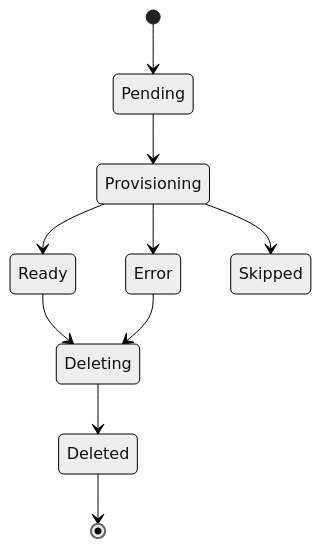
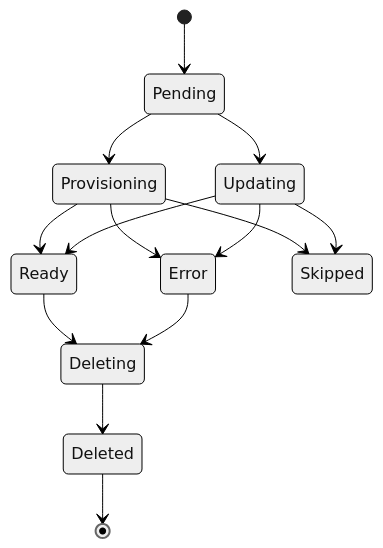
Before and after one commit to shirvan/praxis: the fifth of 6 diagrams in docs/ORCHESTRATOR.md, drawn with Mermaid (neutral theme). The commit also changed other lines of this file and 134 other files, not shown here.

````diff
--- a/docs/ORCHESTRATOR.md
+++ b/docs/ORCHESTRATOR.md
@@ -206,12 +210,16 @@
 ```mermaid
 stateDiagram-v2
     [*] --> Pending
     Pending --> Provisioning
+    Pending --> Updating
     Provisioning --> Ready
     Provisioning --> Error
     Provisioning --> Skipped
+    Updating --> Ready
+    Updating --> Error
+    Updating --> Skipped
     Ready --> Deleting
     Error --> Deleting
     Deleting --> Deleted
     Deleted --> [*]
 ```
````
